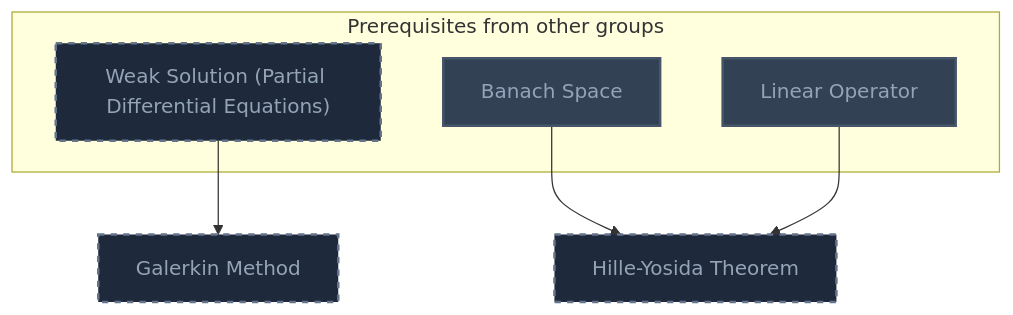
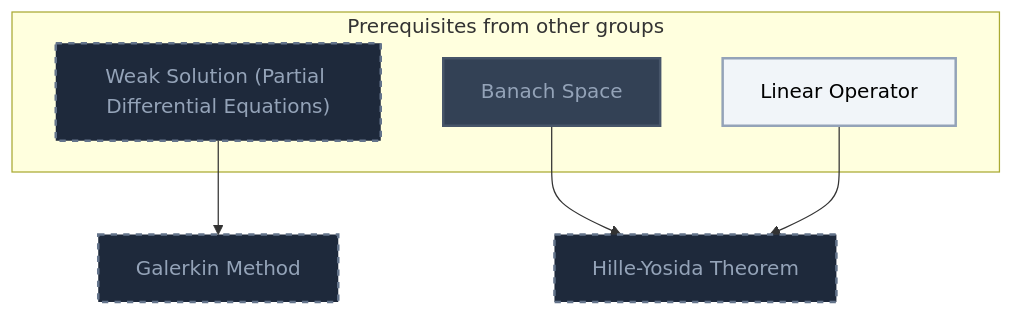
Before and after one commit to MRauf1/My-Notes: diagram 20 of 25 in Gamification/Skill Trees/Partial Differential Equations.md, drawn with Mermaid. The commit also changed other lines of this file and 57 other files, not shown here.

````diff
--- a/Gamification/Skill Trees/Partial Differential Equations.md
+++ b/Gamification/Skill Trees/Partial Differential Equations.md
@@ -1039,25 +1042,26 @@
 ```mermaid
 flowchart TD
     classDef planned fill:#1E293B,stroke:#64748B,stroke-width:2px,stroke-dasharray:5 5,color:#94A3B8;
     classDef locked fill:#334155,stroke:#475569,stroke-width:2px,color:#94A3B8;
     classDef L0 fill:#F1F5F9,stroke:#94A3B8,stroke-width:2px,color:#000000;
     classDef L1 fill:#22C55E,stroke:#15803D,stroke-width:2px,color:#000000;
     classDef L2 fill:#3B82F6,stroke:#1D4ED8,stroke-width:3px,color:#FFFFFF;
     classDef L3 fill:#A855F7,stroke:#6B21A8,stroke-width:3px,color:#FFFFFF,font-weight:bold;
     classDef L4 fill:#F97316,stroke:#C2410C,stroke-width:4px,color:#000000,font-weight:bold;
     classDef L5 fill:#FFD700,stroke:#FF8C00,stroke-width:5px,color:#000000,font-weight:bold;
     classDef rusty stroke:#8B4513,stroke-width:4px,stroke-dasharray:3 3;
     subgraph sg_prereqs["Prerequisites from other groups"]
         n_weak_solution_partial_differential_equations["Weak Solution (Partial Differential Equations)"]
         n_banach_space["Banach Space"]
         n_linear_operator["Linear Operator"]
     end
     n_galerkin_method["Galerkin Method"]
     n_hille_yosida_theorem["Hille-Yosida Theorem"]
     n_weak_solution_partial_differential_equations --> n_galerkin_method
     n_banach_space --> n_hille_yosida_theorem
     n_linear_operator --> n_hille_yosida_theorem
     class n_weak_solution_partial_differential_equations,n_galerkin_method,n_hille_yosida_theorem planned;
-    class n_banach_space,n_linear_operator locked;
+    class n_banach_space locked;
+    class n_linear_operator L0;
     class n_banach_space,n_linear_operator internal-link;
 ```
````
